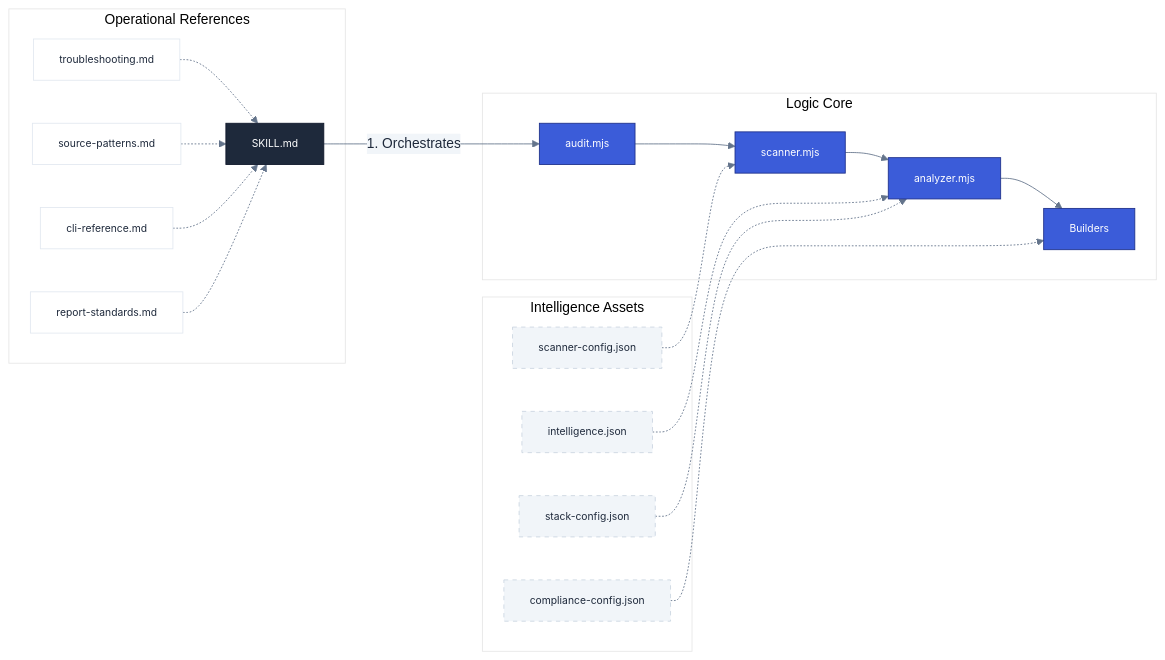
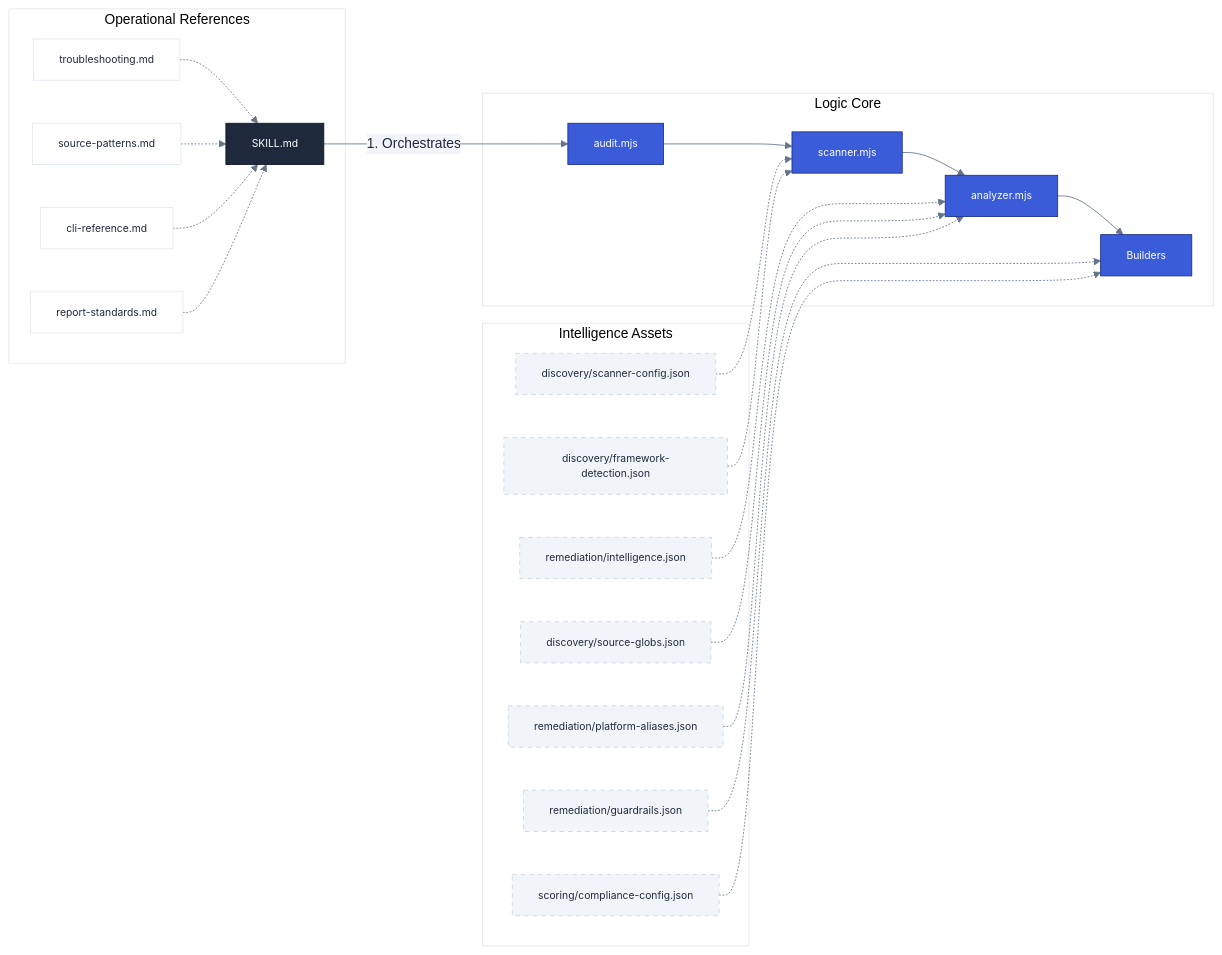
One commit to diegovelasquezweb/a11y-skill changed the second of 2 diagrams in docs/engine-manifest.md. Above: the diagram before and after it, drawn with Mermaid. The commit also changed other lines of this file and 13 other files, not shown here.

````diff
--- a/docs/engine-manifest.md
+++ b/docs/engine-manifest.md
@@ -113,34 +116,37 @@
 ```mermaid
 %%{init: { 'theme': 'base', 'themeVariables': { 'primaryColor': '#3b5cd9', 'primaryTextColor': '#1e293b', 'primaryBorderColor': '#1e308a', 'lineColor': '#64748b', 'secondaryColor': '#f1f5f9', 'tertiaryColor': '#fff', 'mainBkg': '#fff', 'nodeBorder': '#e2e8f0' } } }%%
 flowchart LR
     A[SKILL.md] -- "1. Orchestrates" --> B[audit.mjs]
 
     subgraph Engine ["Logic Core"]
         B --> C[scanner.mjs]
         C --> D[analyzer.mjs]
         D --> E[Builders]
     end
 
     subgraph Data ["Intelligence Assets"]
-        AS1[scanner-config.json] -.-> C
-        AS2[intelligence.json] -.-> D
-        AS3[stack-config.json] -.-> D
-        AS4[compliance-config.json] -.-> E
+        AS1[discovery/scanner-config.json] -.-> C
+        AS2[discovery/framework-detection.json] -.-> C
+        AS3[remediation/intelligence.json] -.-> D
+        AS4[discovery/source-globs.json] -.-> D
+        AS5[remediation/platform-aliases.json] -.-> D
+        AS6[remediation/guardrails.json] -.-> E
+        AS7[scoring/compliance-config.json] -.-> E
     end
 
     subgraph Knowledge ["Operational References"]
         R1[troubleshooting.md] -.-> A
         R2[source-patterns.md] -.-> A
         R3[cli-reference.md] -.-> A
         R4[report-standards.md] -.-> A
     end
 
     classDef default font-family:Inter,sans-serif,font-size:12px;
     classDef playbook fill:#1e293b,color:#fff,stroke:#0f172a;
     classDef core fill:#3b5cd9,color:#fff,stroke:#1e308a;
     classDef storage fill:#f1f5f9,stroke:#cbd5e1,stroke-dasharray: 5 5;
 
     class A playbook;
     class B,C,D,E core;
-    class AS1,AS2,AS3,AS4 storage;
+    class AS1,AS2,AS3,AS4,AS5,AS6,AS7 storage;
 ```
````
